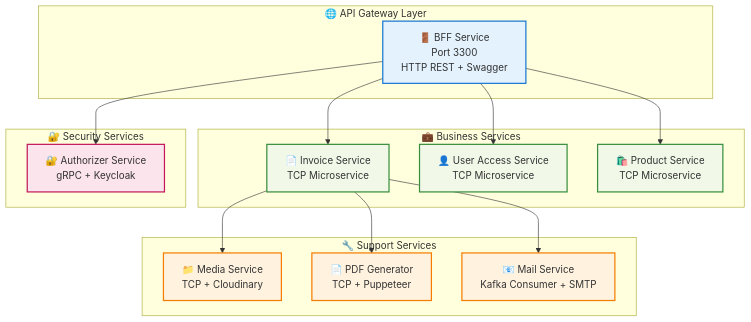
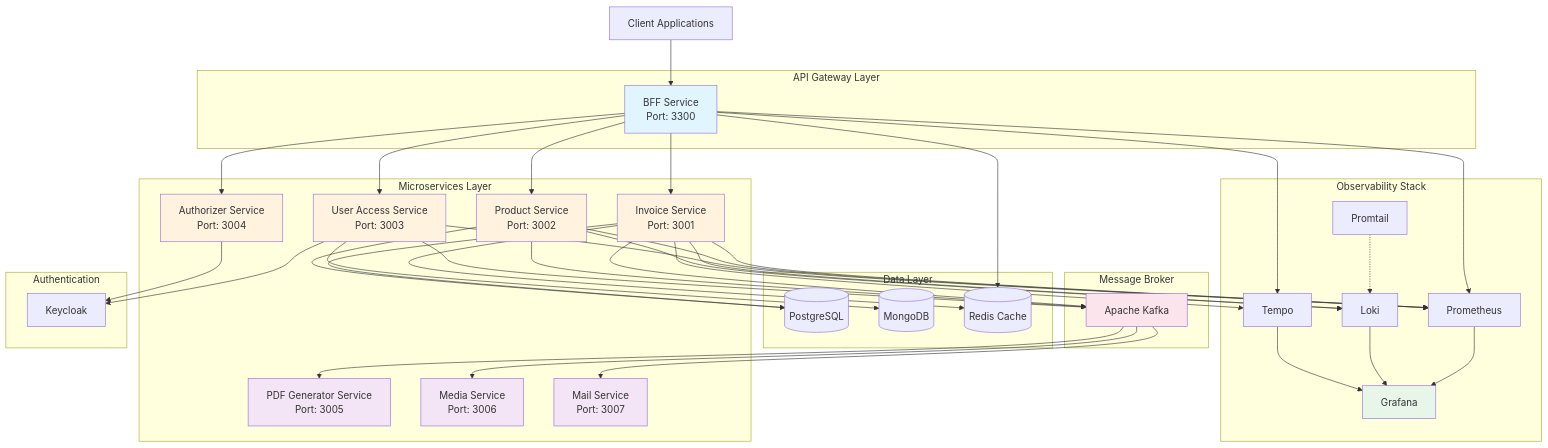
The diagram in README.md (thanhmati/einvoice-backend), drawn with Mermaid before and after one commit. The commit also changed other lines of this file, not shown here.

````diff
--- a/README.md
+++ b/README.md
@@ -31,40 +39,91 @@
 ```mermaid
 graph TB
-    subgraph "🌐 API Gateway Layer"
-        BFF["🚪 BFF Service<br/>Port 3300<br/>HTTP REST + Swagger"]
+    Client[Client Applications]
+
+    subgraph "API Gateway Layer"
+        BFF[BFF Service<br/>Port: 3300]
     end
 
-    subgraph "💼 Business Services"
-        Invoice["📄 Invoice Service<br/>TCP Microservice"]
-        UserAccess["👤 User Access Service<br/>TCP Microservice"]
-        Product["🛍️ Product Service<br/>TCP Microservice"]
+    subgraph "Microservices Layer"
+        Invoice[Invoice Service<br/>Port: 3001]
+        Product[Product Service<br/>Port: 3002]
+        UserAccess[User Access Service<br/>Port: 3003]
+        Authorizer[Authorizer Service<br/>Port: 3004]
+        PDF[PDF Generator Service<br/>Port: 3005]
+        Media[Media Service<br/>Port: 3006]
+        Mail[Mail Service<br/>Port: 3007]
     end
 
-    subgraph "🔧 Support Services"
-        Media["📁 Media Service<br/>TCP + Cloudinary"]
-        PDF["📄 PDF Generator<br/>TCP + Puppeteer"]
-        Mail["📧 Mail Service<br/>Kafka Consumer + SMTP"]
+    subgraph "Data Layer"
+        Postgres[(PostgreSQL)]
+        MongoDB[(MongoDB)]
+        Redis[(Redis Cache)]
     end
 
-    subgraph "🔐 Security Services"
-        Auth["🔐 Authorizer Service<br/>gRPC + Keycloak"]
+    subgraph "Message Broker"
+        Kafka[Apache Kafka]
     end
 
+    subgraph "Observability Stack"
+        Grafana[Grafana]
+        Prometheus[Prometheus]
+        Loki[Loki]
+        Tempo[Tempo]
+        Promtail[Promtail]
+    end
+
+    subgraph "Authentication"
+        Keycloak[Keycloak]
+    end
+
+    Client --> BFF
     BFF --> Invoice
+    BFF --> Product
     BFF --> UserAccess
-    BFF --> Product
-    BFF --> Auth
-    Invoice --> Media
-    Invoice --> PDF
-    Invoice --> Mail
+    BFF --> Authorizer
 
-    classDef gateway fill:#e3f2fd,stroke:#1976d2,stroke-width:2px
-    classDef business fill:#f1f8e8,stroke:#388e3c,stroke-width:2px
-    classDef support fill:#fff3e0,stroke:#f57c00,stroke-width:2px
-    classDef security fill:#fce4ec,stroke:#c2185b,stroke-width:2px
+    Invoice --> Kafka
+    Product --> Kafka
+    UserAccess --> Kafka
 
-    class BFF gateway
-    class Invoice,UserAccess,Product business
-    class Media,PDF,Mail support
-    class Auth security
+    Kafka --> PDF
+    Kafka --> Media
+    Kafka --> Mail
+
+    Invoice --> Postgres
+    Product --> Postgres
+    UserAccess --> MongoDB
+
+    BFF --> Redis
+    Invoice --> Redis
+
+    Invoice --> Prometheus
+    Product --> Prometheus
+    UserAccess --> Prometheus
+    BFF --> Prometheus
+
+    BFF --> Tempo
+    Invoice --> Tempo
+
+    Invoice --> Loki
+    Product --> Loki
+
+    Promtail -.-> Loki
+    Prometheus --> Grafana
+    Loki --> Grafana
+    Tempo --> Grafana
+
+    UserAccess --> Keycloak
+    Authorizer --> Keycloak
+
+    style BFF fill:#e1f5ff
+    style Invoice fill:#fff3e0
+    style Product fill:#fff3e0
+    style UserAccess fill:#fff3e0
+    style Authorizer fill:#fff3e0
+    style PDF fill:#f3e5f5
+    style Media fill:#f3e5f5
+    style Mail fill:#f3e5f5
+    style Kafka fill:#fce4ec
+    style Grafana fill:#e8f5e9
 ```
````
